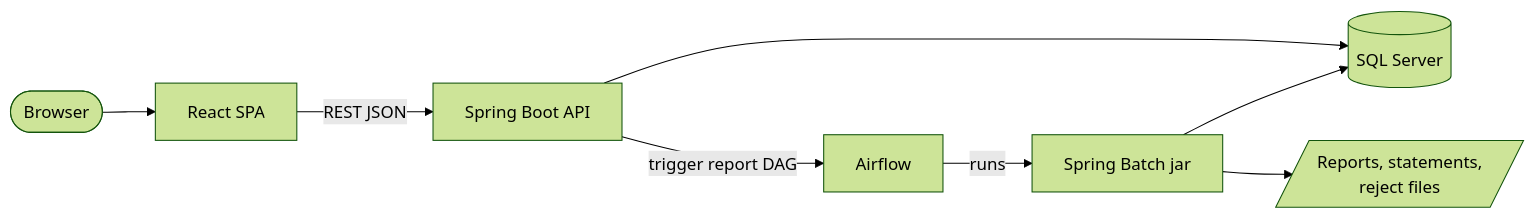
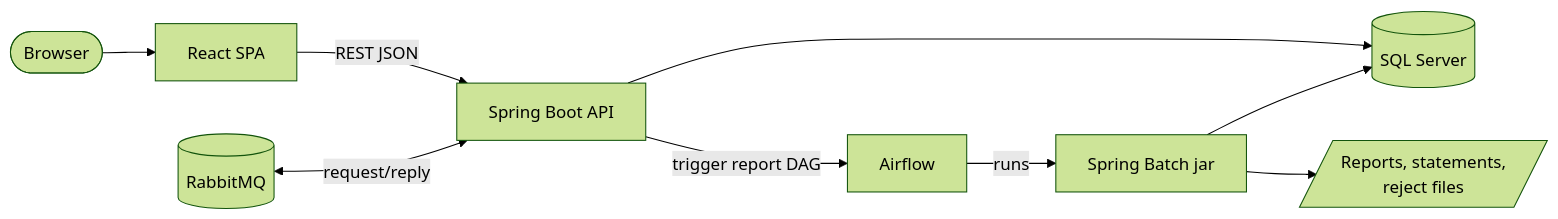
Before and after one commit to factory-aj-pahl/carddemo-modernization: the first of 2 diagrams in modernization/architecture.md, drawn with Mermaid (forest theme). The commit also changed other lines of this file and 14 other files, not shown here.

````diff
--- a/modernization/architecture.md
+++ b/modernization/architecture.md
@@ -21,10 +21,11 @@
 ```mermaid
 flowchart LR
     U([Browser]) --> W[React SPA]
     W -->|REST JSON| A[Spring Boot API]
     A --> DB[(SQL Server)]
     AF[Airflow] -->|runs| B[Spring Batch jar]
     B --> DB
     B --> F[/Reports, statements,<br/>reject files/]
     A -->|trigger report DAG| AF
+    R[(RabbitMQ)] <-->|request/reply| A
 ```
````
